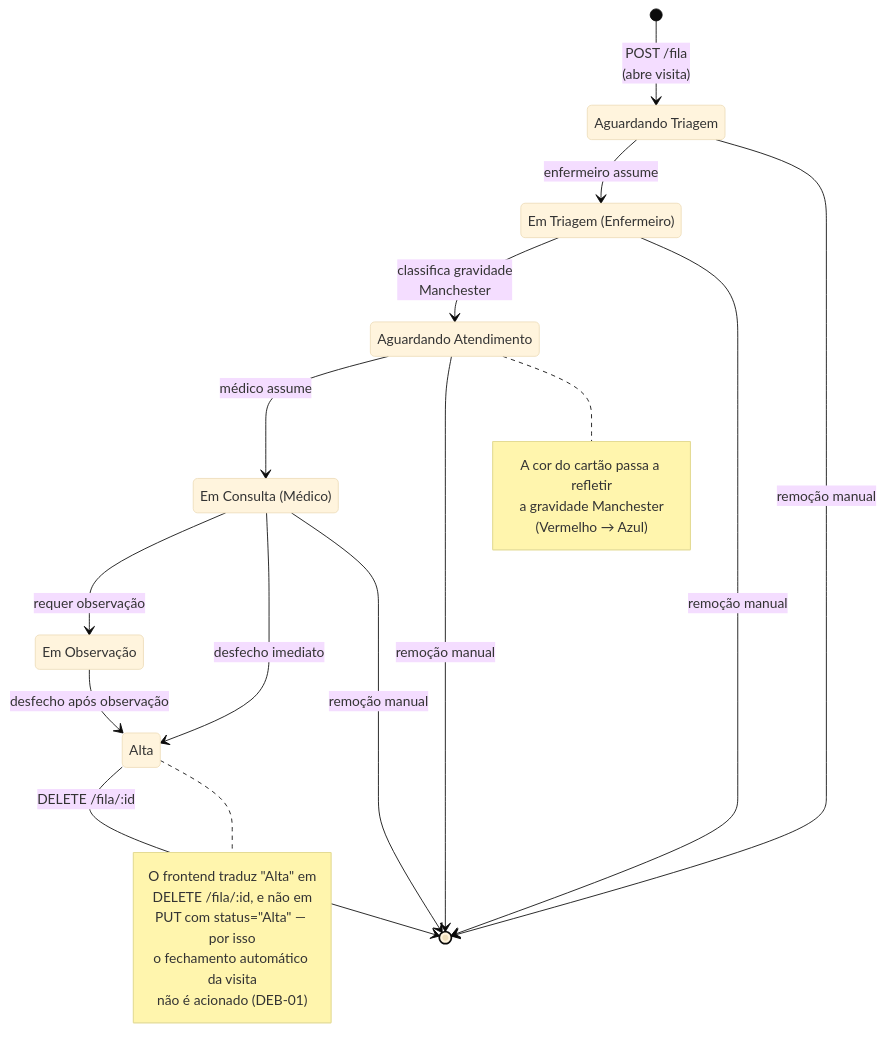
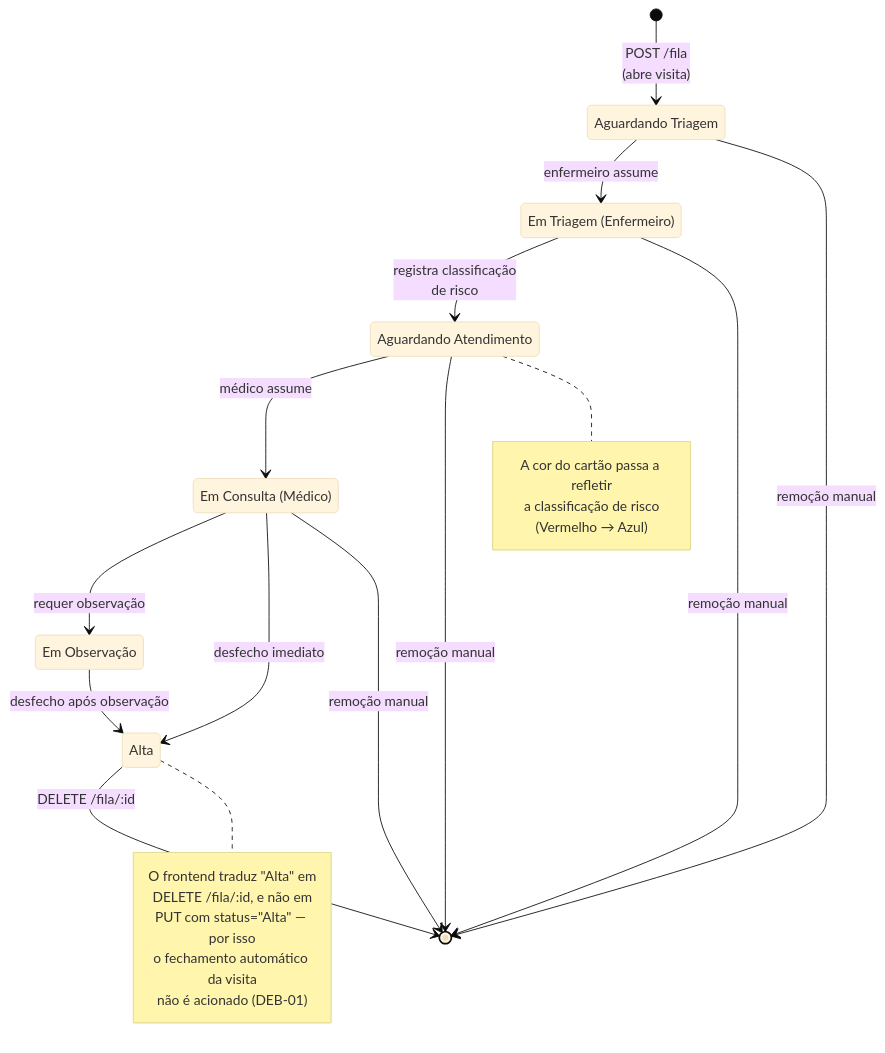
One commit to MikaelDiogo/HealthHub_Mono changed diagram 20 of 31 in DOCUMENTO_ENGENHARIA_SOFTWARE.md. Above: the diagram before and after it, drawn with Mermaid (base theme). The commit also changed other lines of this file and 63 other files, not shown here.

First line of the commit message:
refactor: migra a esteira de Manchester para classificação de risco (cores manuais, sem tempos-alvo)

````diff
--- a/DOCUMENTO_ENGENHARIA_SOFTWARE.md
+++ b/DOCUMENTO_ENGENHARIA_SOFTWARE.md
@@ -1258,38 +1252,38 @@
 ```mermaid
 stateDiagram-v2
     [*] --> AguardandoTriagem : POST /fila<br/>(abre visita)
 
     AguardandoTriagem : Aguardando Triagem
     EmTriagem : Em Triagem (Enfermeiro)
     AguardandoAtendimento : Aguardando Atendimento
     EmConsulta : Em Consulta (Médico)
     EmObservacao : Em Observação
 
     AguardandoTriagem --> EmTriagem : enfermeiro assume
-    EmTriagem --> AguardandoAtendimento : classifica gravidade<br/>Manchester
+    EmTriagem --> AguardandoAtendimento : registra classificação<br/>de risco
     AguardandoAtendimento --> EmConsulta : médico assume
     EmConsulta --> EmObservacao : requer observação
     EmConsulta --> Alta : desfecho imediato
     EmObservacao --> Alta : desfecho após observação
 
     Alta --> [*] : DELETE /fila/:id
 
     AguardandoTriagem --> [*] : remoção manual
     EmTriagem --> [*] : remoção manual
     AguardandoAtendimento --> [*] : remoção manual
     EmConsulta --> [*] : remoção manual
 
     note right of AguardandoAtendimento
         A cor do cartão passa a refletir
-        a gravidade Manchester
+        a classificação de risco
         (Vermelho → Azul)
     end note
 
     note right of Alta
         O frontend traduz "Alta" em
         DELETE /fila/:id, e não em
         PUT com status="Alta" — por isso
         o fechamento automático da visita
         não é acionado (DEB-01)
     end note
 ```
````
